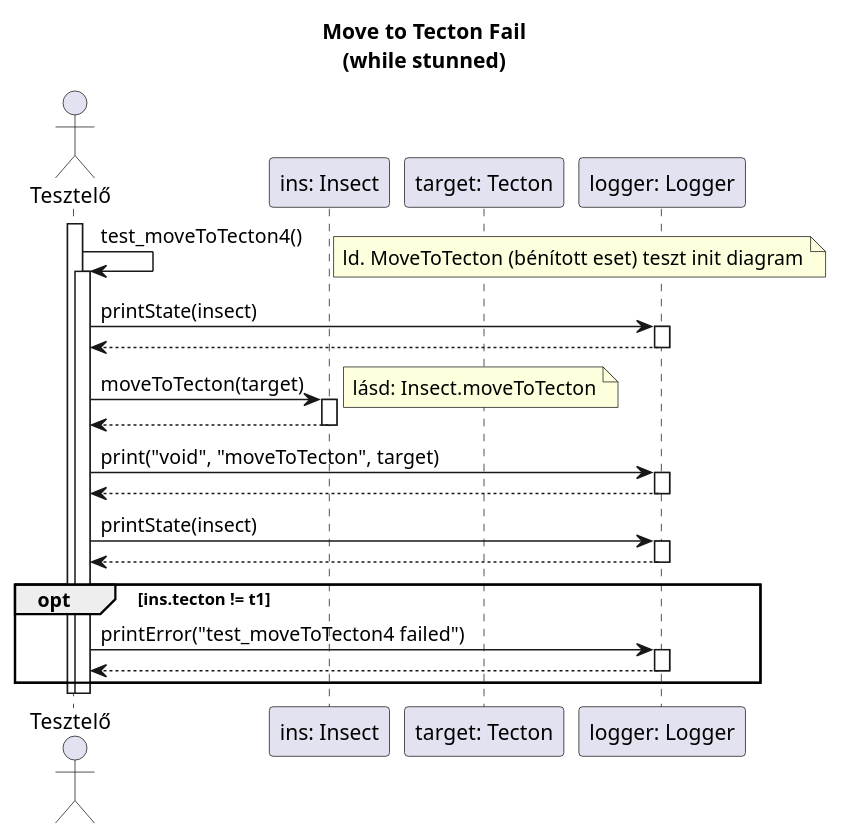
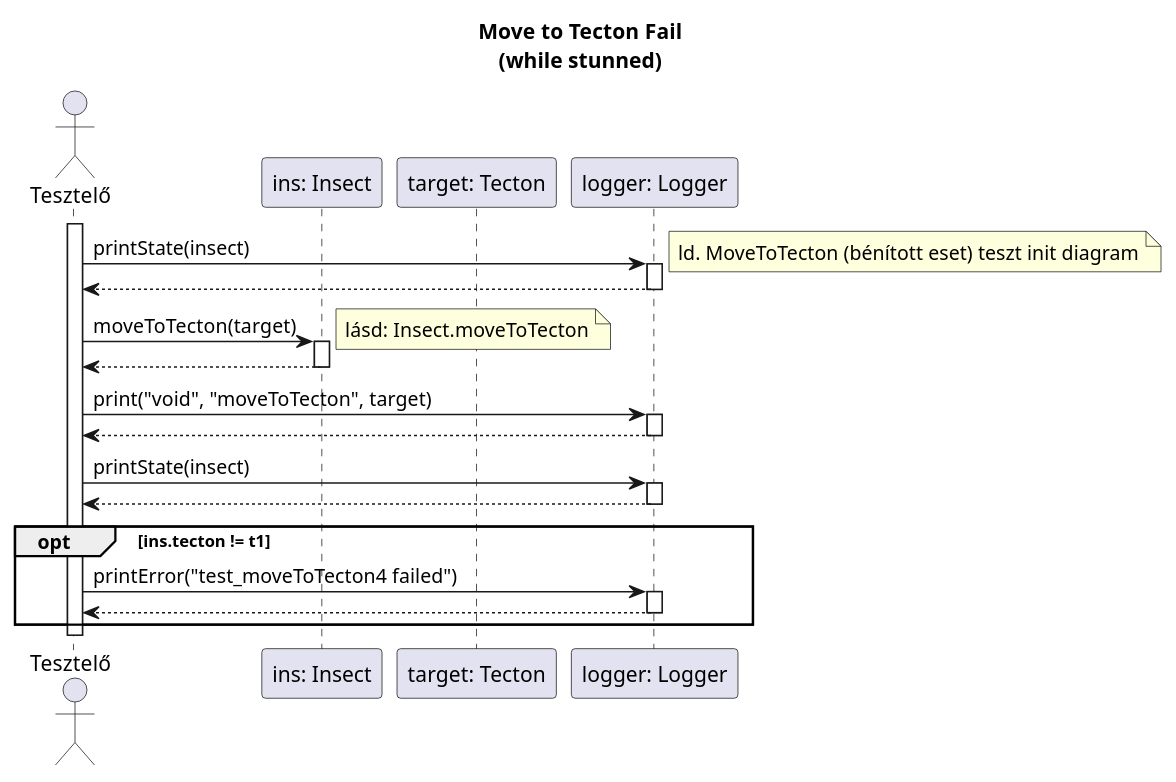
One commit to dzsem/projlab changed the diagram in diagrams/test-sequence/insect/moveToTecton4.plantuml. Above: the diagram before and after it, drawn with PlantUML. The commit also changed 5 other files, not shown here.

```diff
--- a/diagrams/test-sequence/insect/moveToTecton4.plantuml
+++ b/diagrams/test-sequence/insect/moveToTecton4.plantuml
@@ -1,51 +1,48 @@
 @startuml test_moveToTecton4
 
 title Move to Tecton Fail\n(while stunned)
 
 actor "Tesztelő" as t
 participant "ins: Insect" as i
 participant "target: Tecton" as target
 participant "logger: Logger" as logger
 
 activate t
-t -> t: test_moveToTecton4()
+
+t -> logger: printState(insect)
 note right: ld. MoveToTecton (bénított eset) teszt init diagram
-activate t
+activate logger
 
-	t -> logger: printState(insect)
+t <-- logger
+deactivate logger
+
+t -> i: moveToTecton(target)
+activate i
+note right: lásd: Insect.moveToTecton
+
+t <-- i
+deactivate i
+
+t -> logger: print("void", "moveToTecton", target)
+activate logger
+
+t <-- logger
+deactivate logger
+
+t -> logger: printState(insect)
+activate logger
+t <-- logger
+deactivate logger
+
+opt ins.tecton != t1
+	t -> logger: printError("test_moveToTecton4 failed")
 	activate logger
 
 	t <-- logger
 	deactivate logger
+end
 
-	t -> i: moveToTecton(target)
-	activate i
-	note right: lásd: Insect.moveToTecton
-
-	t <-- i
-	deactivate i
-
-	t -> logger: print("void", "moveToTecton", target)
-	activate logger
-
-	t <-- logger
-	deactivate logger
-
-	t -> logger: printState(insect)
-	activate logger
-	t <-- logger
-	deactivate logger
-
-	opt ins.tecton != t1
-		t -> logger: printError("test_moveToTecton4 failed")
-		activate logger
-
-		t <-- logger
-		deactivate logger
-	end
-
-	deactivate t
 deactivate t
 
 
 @enduml
```
